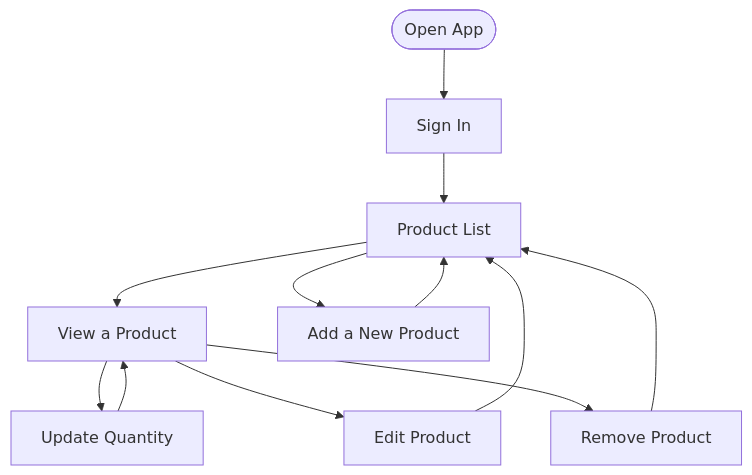
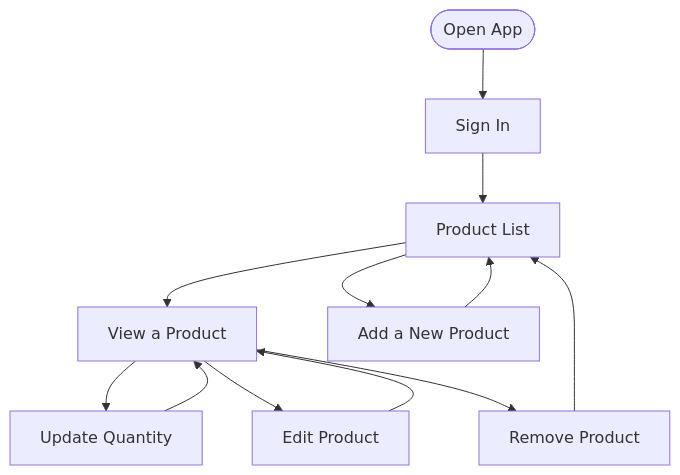
The diagram in README.md (tmy-96/tmy-96.github.io), drawn with Mermaid before and after one commit.

Commit message:
docs: update user flow

````diff
--- a/README.md
+++ b/README.md
@@ -24,17 +24,17 @@
 ```mermaid
 flowchart TD
     A([Open App]) --> B[Sign In]
     B --> C[Product List]
 
     C --> D[View a Product]
     C --> E[Add a New Product]
 
     D --> F[Update Quantity]
     D --> G[Edit Product]
     D --> H[Remove Product]
 
-    G --> C
+    G --> D
     E --> C
     F --> D
     H --> C
 ```
````
